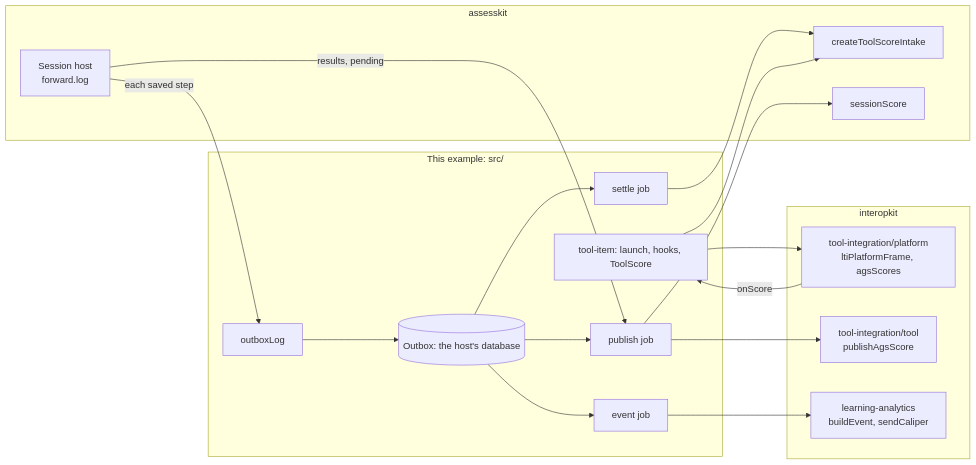
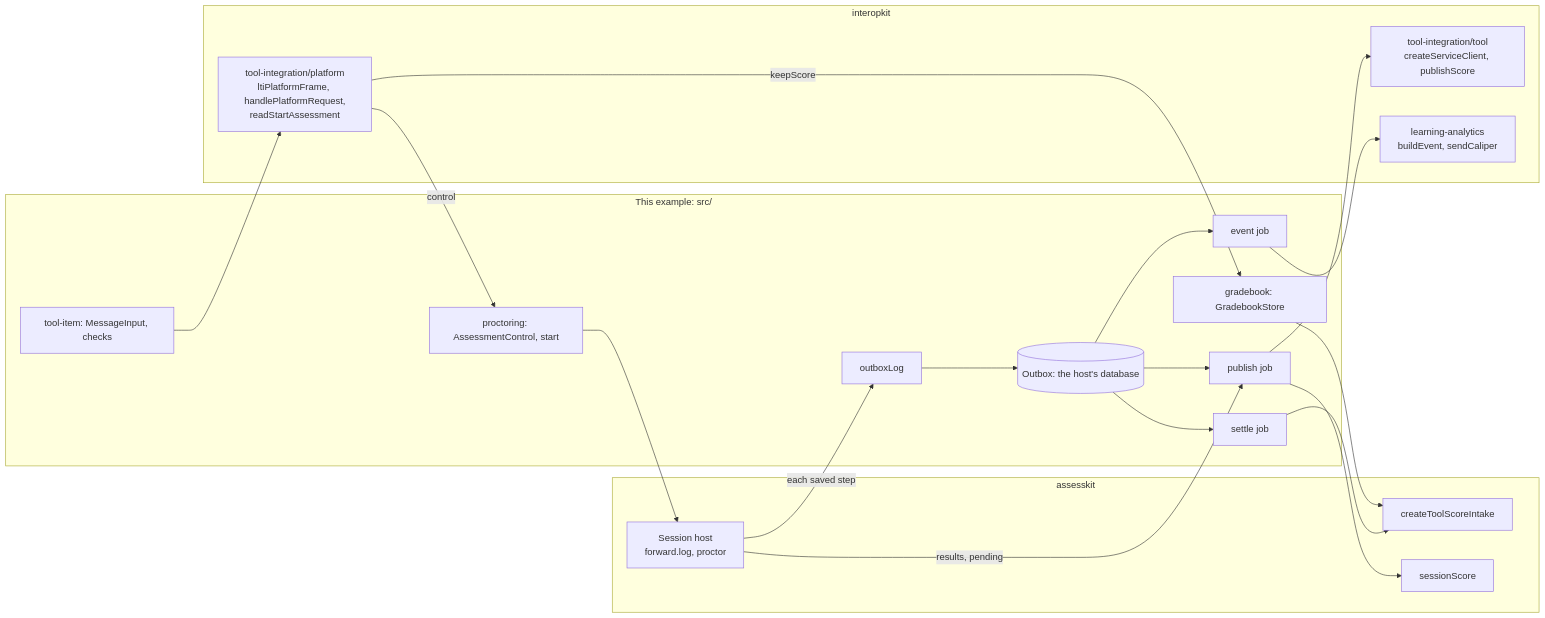
Before and after one commit to assesskit/assesskit: the diagram in examples/player/lms-integration/README.md, drawn with Mermaid. The commit also changed other lines of this file and 23 other files, not shown here.

````diff
--- a/examples/player/lms-integration/README.md
+++ b/examples/player/lms-integration/README.md
@@ -7,30 +7,34 @@
 ```mermaid
 flowchart LR
   subgraph assesskit["assesskit"]
-    host["Session host<br/>forward.log"]
+    host["Session host<br/>forward.log, proctor"]
     intake["createToolScoreIntake"]
     score["sessionScore"]
   end
   subgraph example["This example: src/"]
     log["outboxLog"] --> outbox[("Outbox: the host's database")]
     settle["settle job"]
     events["event job"]
     publish["publish job"]
-    item["tool-item: launch, hooks, ToolScore"]
+    item["tool-item: MessageInput, checks"]
+    gradebook["gradebook: GradebookStore"]
+    proctoring["proctoring: AssessmentControl, start"]
   end
   subgraph kit["interopkit"]
-    platform["tool-integration/platform<br/>ltiPlatformFrame, agsScores"]
-    tool["tool-integration/tool<br/>publishAgsScore"]
+    platform["tool-integration/platform<br/>ltiPlatformFrame, handlePlatformRequest,<br/>readStartAssessment"]
+    tool["tool-integration/tool<br/>createServiceClient, publishScore"]
     analytics["learning-analytics<br/>buildEvent, sendCaliper"]
   end
   host -->|each saved step| log
   outbox --> settle --> intake
   outbox --> events --> analytics
   outbox --> publish
   host -->|results, pending| publish
   publish --> score
   publish --> tool
   item --> platform
-  platform -->|onScore| item
-  item --> intake
+  platform -->|keepScore| gradebook
+  gradebook --> intake
+  platform -->|control| proctoring
+  proctoring --> host
 ```
````
